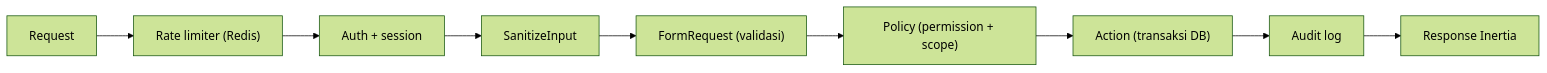
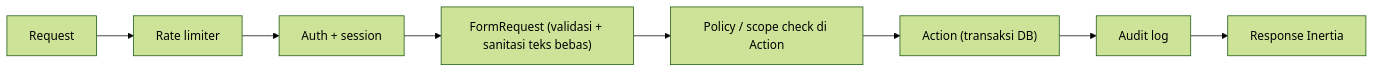
One commit to irsyadmaulana0105/koregrid changed the second of 2 diagrams in docs/ARCHITECTURE.md. Above: the diagram before and after it, drawn with Mermaid (forest theme). The commit also changed other lines of this file and 1 other file, not shown here.

Commit message:
docs: align architecture and data model docs with actual implementation

````diff
--- a/docs/ARCHITECTURE.md
+++ b/docs/ARCHITECTURE.md
@@ -34,11 +34,10 @@
 ```mermaid
 flowchart LR
-    A[Request] --> B["Rate limiter (Redis)"]
+    A[Request] --> B["Rate limiter"]
     B --> C[Auth + session]
-    C --> D[SanitizeInput]
-    D --> E["FormRequest (validasi)"]
-    E --> F["Policy (permission + scope)"]
+    C --> D["FormRequest (validasi + sanitasi teks bebas)"]
+    D --> F["Policy / scope check di Action"]
     F --> G["Action (transaksi DB)"]
     G --> H[Audit log]
     H --> I[Response Inertia]
 ```
````
